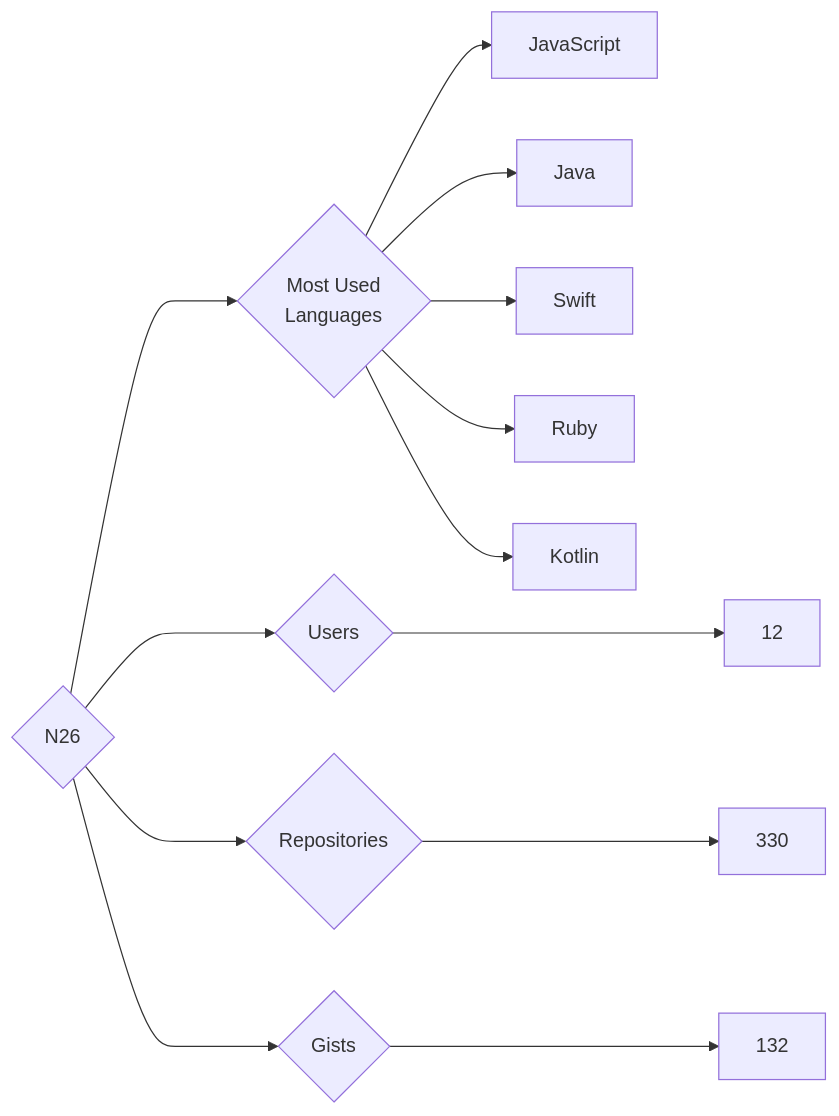
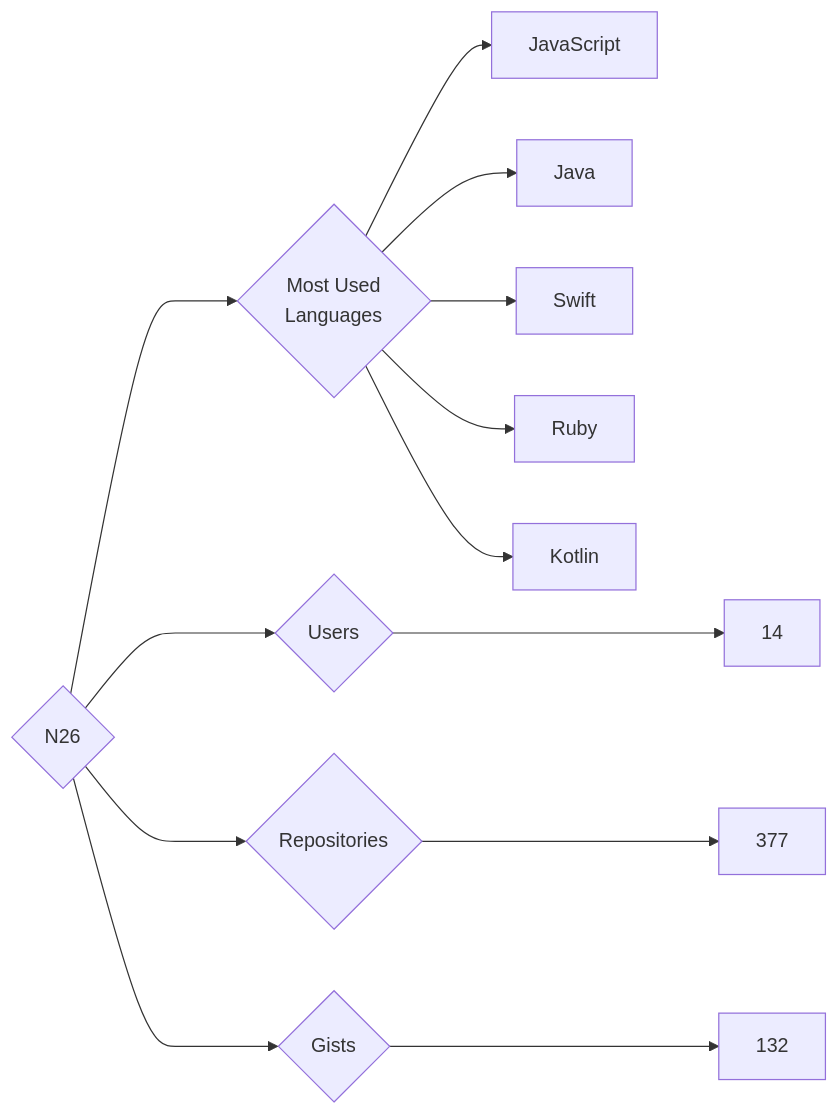
The diagram in targets/N26/README.md (trickest/insiders), drawn with Mermaid before and after one commit. The commit also changed 1248 other files, not shown here.

````diff
--- a/targets/N26/README.md
+++ b/targets/N26/README.md
@@ -3,13 +3,13 @@
 ```mermaid
 graph LR
 COMPANY_NAME{N26}
-COMPANY_NAME ---> U{Users} ---> UN[12]
-COMPANY_NAME ---> R{Repositories} ---> RN[330]
+COMPANY_NAME ---> U{Users} ---> UN[14]
+COMPANY_NAME ---> R{Repositories} ---> RN[377]
 COMPANY_NAME ---> G{Gists} ---> GN[132]
 COMPANY_NAME ---> ML{Most Used<br>Languages}
 ML --> JavaScript[JavaScript]
 ML --> Java[Java]
 ML --> Swift[Swift]
 ML --> Ruby[Ruby]
 ML --> Kotlin[Kotlin]
 ```
````
